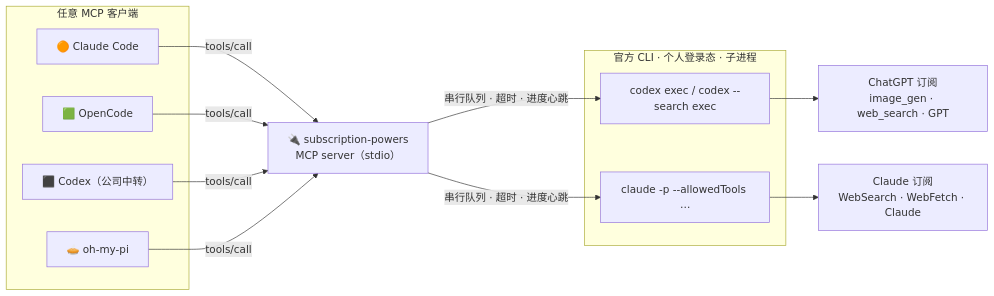
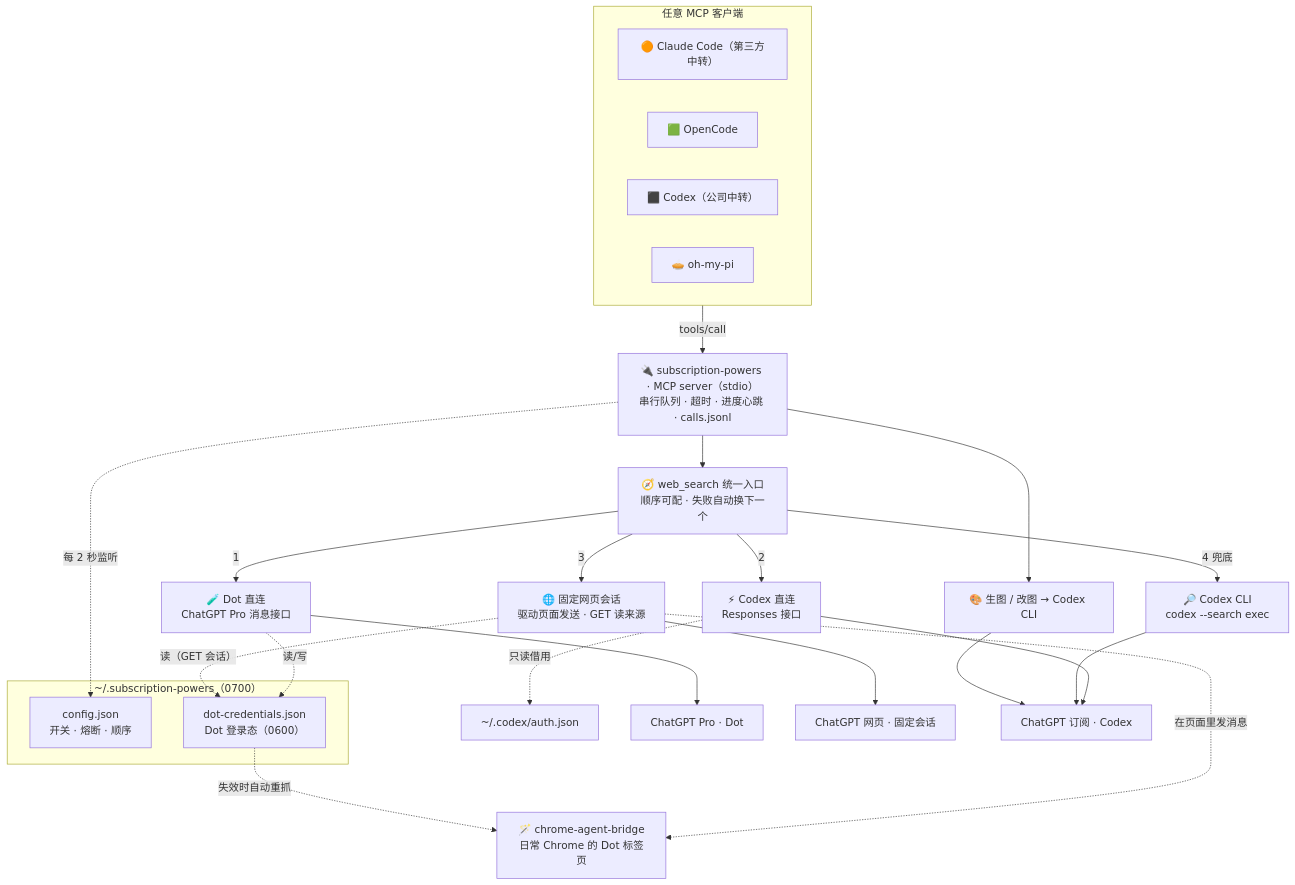
The diagram in README.md (we1005/subscription-powers-mcp), drawn with Mermaid before and after one commit. The commit also changed other lines of this file and 31 other files, not shown here.

First line of the commit message:
feat: experimental search backends (Dot, Codex direct, fixed ChatGPT web session) + unified web_search

````diff
--- a/README.md
+++ b/README.md
@@ -59,21 +84,35 @@
 ```mermaid
-flowchart LR
+flowchart TB
     subgraph Agents["任意 MCP 客户端"]
-        A1["🟠 Claude Code"]
+        A1["🟠 Claude Code（第三方中转）"]
         A2["🟩 OpenCode"]
         A3["⬛ Codex（公司中转）"]
         A4["🥧 oh-my-pi"]
     end
-    S["🔌 subscription-powers<br/>MCP server（stdio）"]
-    subgraph Local["官方 CLI · 个人登录态 · 子进程"]
-        C1["codex exec / codex --search exec"]
-        C2["claude -p --allowedTools …"]
+    S["🔌 subscription-powers · MCP server（stdio）<br/>串行队列 · 超时 · 进度心跳 · calls.jsonl"]
+    Agents -->|tools/call| S
+
+    S --> W["🧭 web_search 统一入口<br/>顺序可配 · 失败自动换下一个"]
+    W -->|1| D["🧪 Dot 直连<br/>ChatGPT Pro 消息接口"]
+    W -->|2| CA["⚡ Codex 直连<br/>Responses 接口"]
+    W -->|3| WS["🌐 固定网页会话<br/>驱动页面发送 · GET 读来源"]
+    W -->|4 兜底| CC["🔎 Codex CLI<br/>codex --search exec"]
+
+    S --> IMG["🎨 生图 / 改图 → Codex CLI"]
+
+    subgraph State["~/.subscription-powers（0700）"]
+        CFG["config.json<br/>开关 · 熔断 · 顺序"]
+        CRED["dot-credentials.json<br/>Dot 登录态（0600）"]
     end
-    U1["ChatGPT 订阅<br/>image_gen · web_search · GPT"]
-    U2["Claude 订阅<br/>WebSearch · WebFetch · Claude"]
+    D -.读/写.-> CRED
+    WS -.读（GET 会话）.-> CRED
+    WS -.在页面里发消息.-> BR
+    S -.每 2 秒监听.-> CFG
 
-    A1 & A2 & A3 & A4 -->|tools/call| S
-    S -->|串行队列 · 超时 · 进度心跳| C1 & C2
-    C1 --> U1
-    C2 --> U2
+    CA -.只读借用.-> AUTH["~/.codex/auth.json"]
+    CRED -.失效时自动重抓.-> BR["🪄 chrome-agent-bridge<br/>日常 Chrome 的 Dot 标签页"]
+
+    D --> U1["ChatGPT Pro · Dot"]
+    WS --> U3["ChatGPT 网页 · 固定会话"]
+    CA & CC & IMG --> U2["ChatGPT 订阅 · Codex"]
 ```
````
